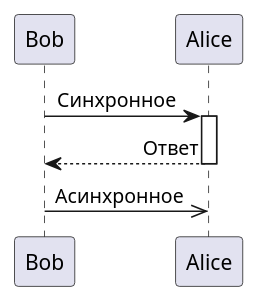
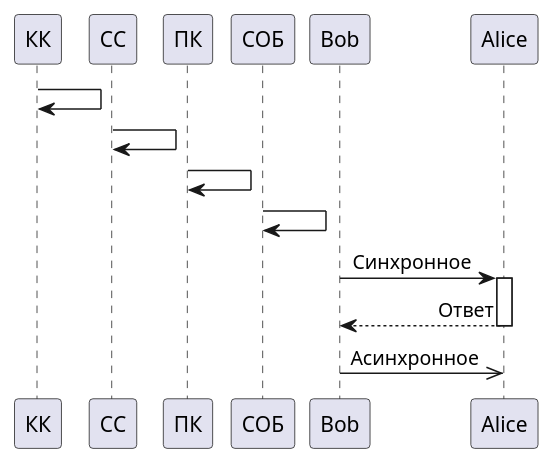
Before and after one commit to Agafy/system-analysis: the second of 5 diagrams in HW UML/UML.md, drawn with PlantUML. The commit also changed other lines of this file, not shown here.

````diff
--- a/HW UML/UML.md
+++ b/HW UML/UML.md
@@ -55,10 +57,15 @@
 ```plantuml
 @startuml
 skinparam sequenceMessageAlign right
+
+КК -> КК
+СС -> СС
+ПК -> ПК
+СОБ -> СОБ
 Bob -> Alice : Синхронное
 activate Alice
 Alice --> Bob : Ответ
 deactivate Alice
 Bob ->> Alice : Асинхронное
 @enduml
 ```
````
